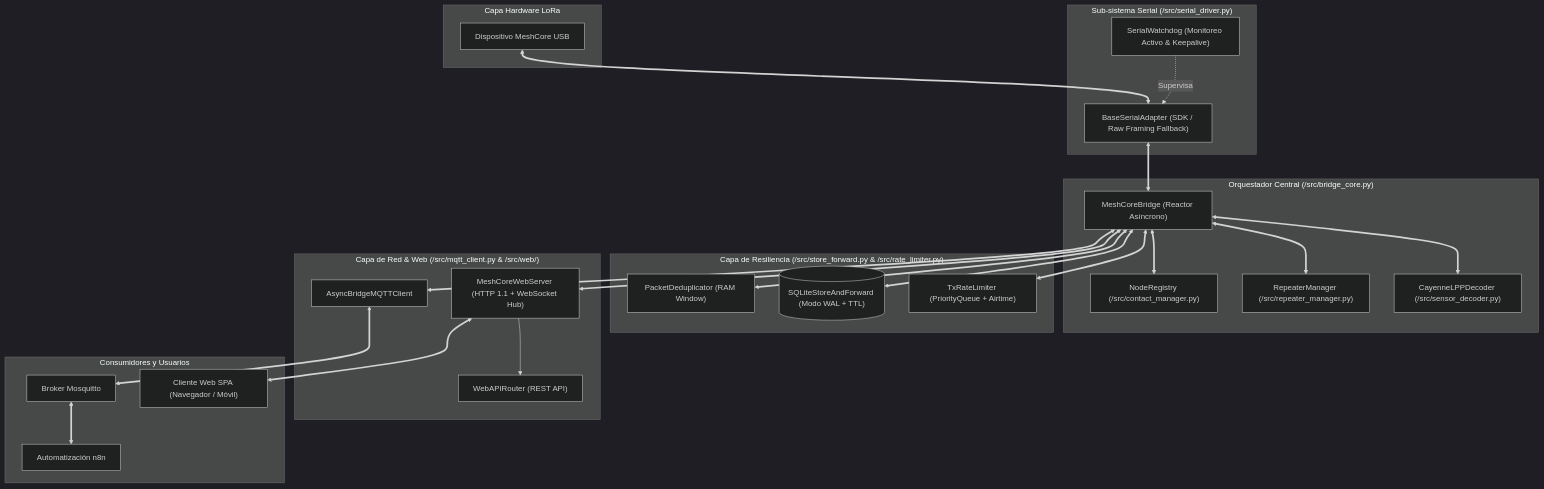
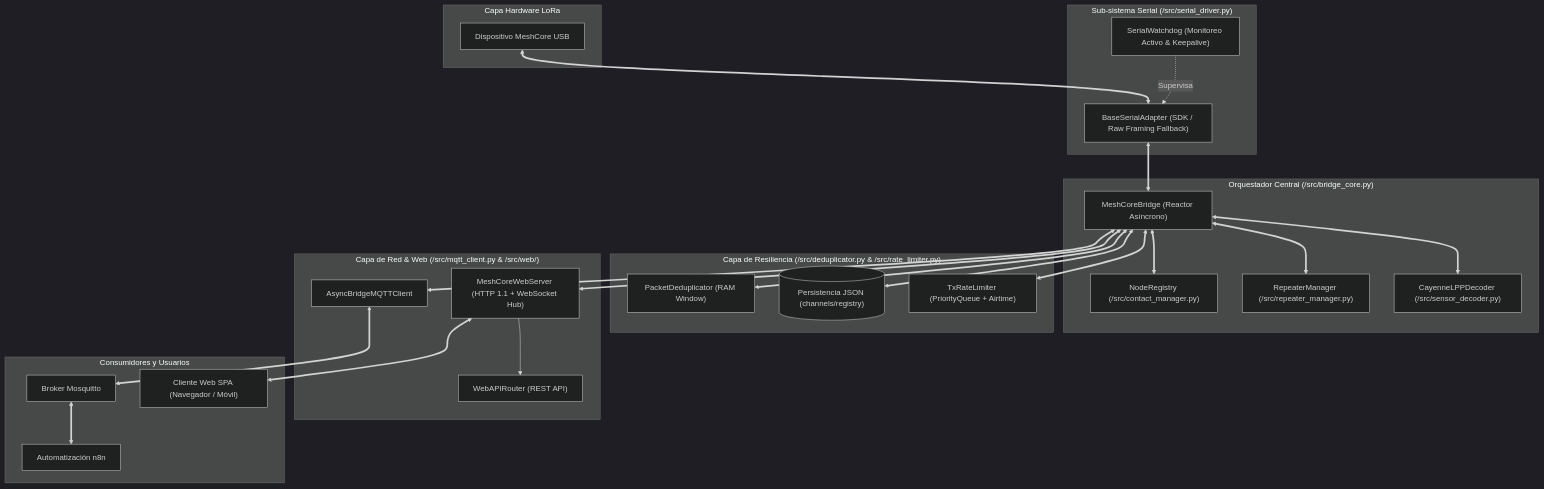
Before and after one commit to cyber89/meshcore-bridge-client: the second of 2 diagrams in deploy/docs/FINAL_PROJECT_REPORT.md, drawn with Mermaid (dark theme). The commit also changed other lines of this file and 30 other files, not shown here.

Commit message:
refactor(persistence): eliminar referencias a SQLite y consolidar modelo de persistencia atomica JSON y memoria Flash

````diff
--- a/deploy/docs/FINAL_PROJECT_REPORT.md
+++ b/deploy/docs/FINAL_PROJECT_REPORT.md
@@ -62,51 +62,51 @@
 ```mermaid
 flowchart TB
     subgraph HardwareLayer["Capa Hardware LoRa"]
         DEV["Dispositivo MeshCore USB"]
     end
 
     subgraph SerialLayer["Sub-sistema Serial (/src/serial_driver.py)"]
         ADAPTER["BaseSerialAdapter (SDK / Raw Framing Fallback)"]
         WATCHDOG["SerialWatchdog (Monitoreo Activo & Keepalive)"]
         DEV <==> ADAPTER
         WATCHDOG -.->|Supervisa| ADAPTER
     end
 
     subgraph CoreLayer["Orquestador Central (/src/bridge_core.py)"]
         CORE["MeshCoreBridge (Reactor Asíncrono)"]
         REGISTRY["NodeRegistry (/src/contact_manager.py)"]
         REPEATER["RepeaterManager (/src/repeater_manager.py)"]
         LPP["CayenneLPPDecoder (/src/sensor_decoder.py)"]
         CORE <==> REGISTRY
         CORE <==> REPEATER
         CORE <==> LPP
     end
 
-    subgraph ResilienceLayer["Capa de Resiliencia (/src/store_forward.py & /src/rate_limiter.py)"]
+    subgraph ResilienceLayer["Capa de Resiliencia (/src/deduplicator.py & /src/rate_limiter.py)"]
         DEDUP["PacketDeduplicator (RAM Window)"]
-        SQLITE[("SQLiteStoreAndForward (Modo WAL + TTL)")]
+        STORAGE[("Persistencia JSON (channels/registry)")]
         TX_QUEUE["TxRateLimiter (PriorityQueue + Airtime)"]
         CORE <==> DEDUP
-        CORE <==> SQLITE
+        CORE <==> STORAGE
         CORE <==> TX_QUEUE
     end
 
     subgraph NetworkLayer["Capa de Red & Web (/src/mqtt_client.py & /src/web/)"]
         MQTT["AsyncBridgeMQTTClient"]
         HTTP_SRV["MeshCoreWebServer (HTTP 1.1 + WebSocket Hub)"]
         API_ROUTER["WebAPIRouter (REST API)"]
         CORE <==> MQTT
         CORE <==> HTTP_SRV
         HTTP_SRV --> API_ROUTER
     end
 
     subgraph Clients["Consumidores y Usuarios"]
         MOSQUITTO["Broker Mosquitto"]
         N8N["Automatización n8n"]
         BROWSER["Cliente Web SPA (Navegador / Móvil)"]
         MQTT <==> MOSQUITTO <==> N8N
         HTTP_SRV <==> BROWSER
     end
 
     ADAPTER <==> CORE
 ```
````
